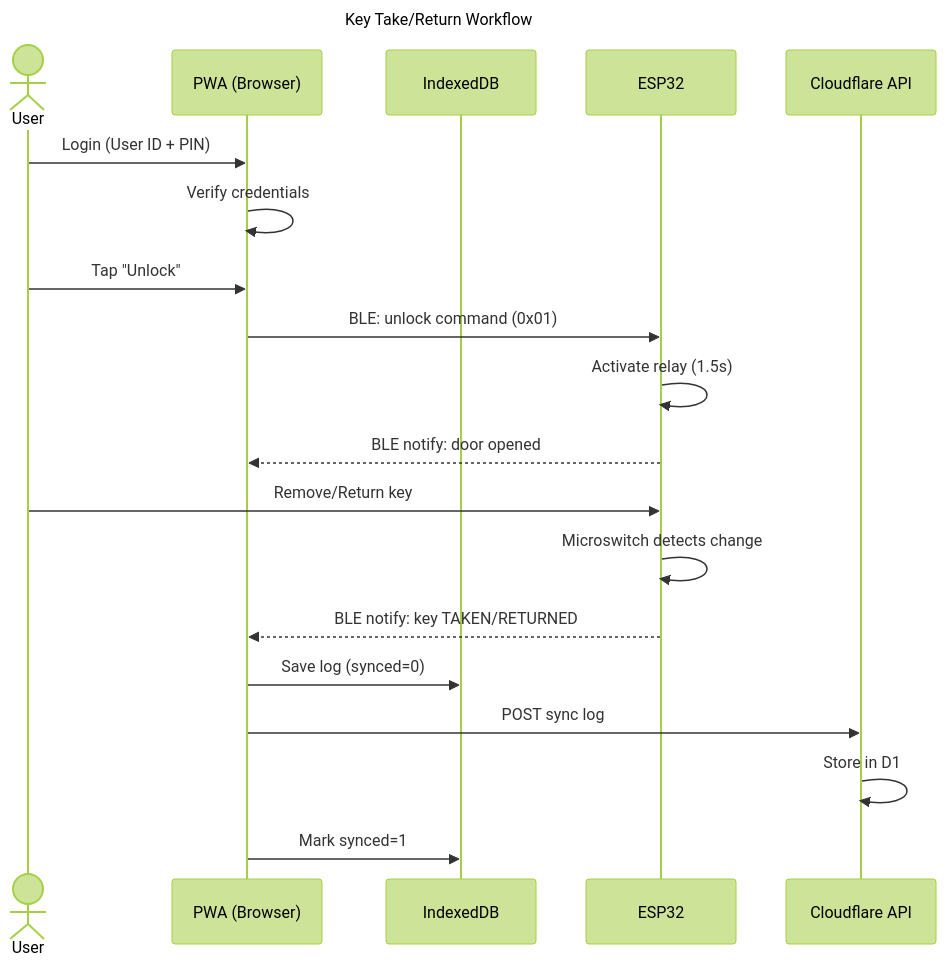
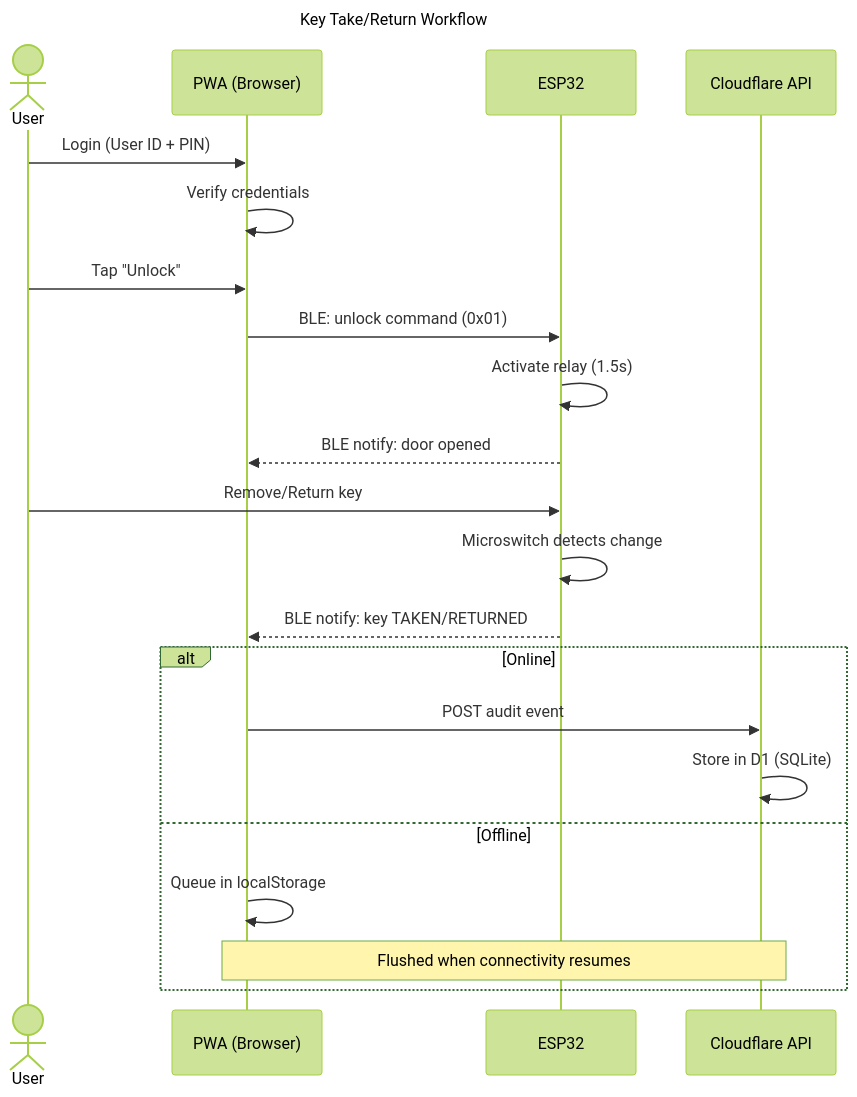
Before and after one commit to wilsonintai76/SmartKey-Cloud: the diagram in sequenceDiagram.mmd, drawn with Mermaid (forest theme). The commit also changed 110 other files, not shown here.

```diff
--- a/sequenceDiagram.mmd
+++ b/sequenceDiagram.mmd
@@ -1,25 +1,27 @@
 sequenceDiagram
     title Key Take/Return Workflow
 
     actor User
     participant PWA as PWA (Browser)
-    participant IDB as IndexedDB
     participant ESP as ESP32
     participant Cloud as Cloudflare API
 
     User->>PWA: Login (User ID + PIN)
     PWA->>PWA: Verify credentials
 
     User->>PWA: Tap "Unlock"
     PWA->>ESP: BLE: unlock command (0x01)
     ESP->>ESP: Activate relay (1.5s)
     ESP-->>PWA: BLE notify: door opened
 
     User->>ESP: Remove/Return key
     ESP->>ESP: Microswitch detects change
     ESP-->>PWA: BLE notify: key TAKEN/RETURNED
 
-    PWA->>IDB: Save log (synced=0)
-    PWA->>Cloud: POST sync log
-    Cloud->>Cloud: Store in D1
-    PWA->>IDB: Mark synced=1
+    alt Online
+        PWA->>Cloud: POST audit event
+        Cloud->>Cloud: Store in D1 (SQLite)
+    else Offline
+        PWA->>PWA: Queue in localStorage
+        Note over PWA,Cloud: Flushed when connectivity resumes
+    end
```
